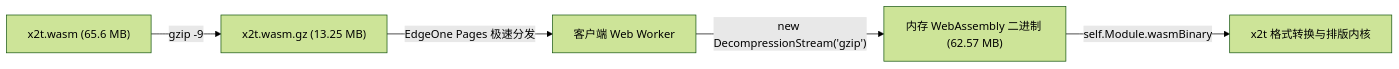
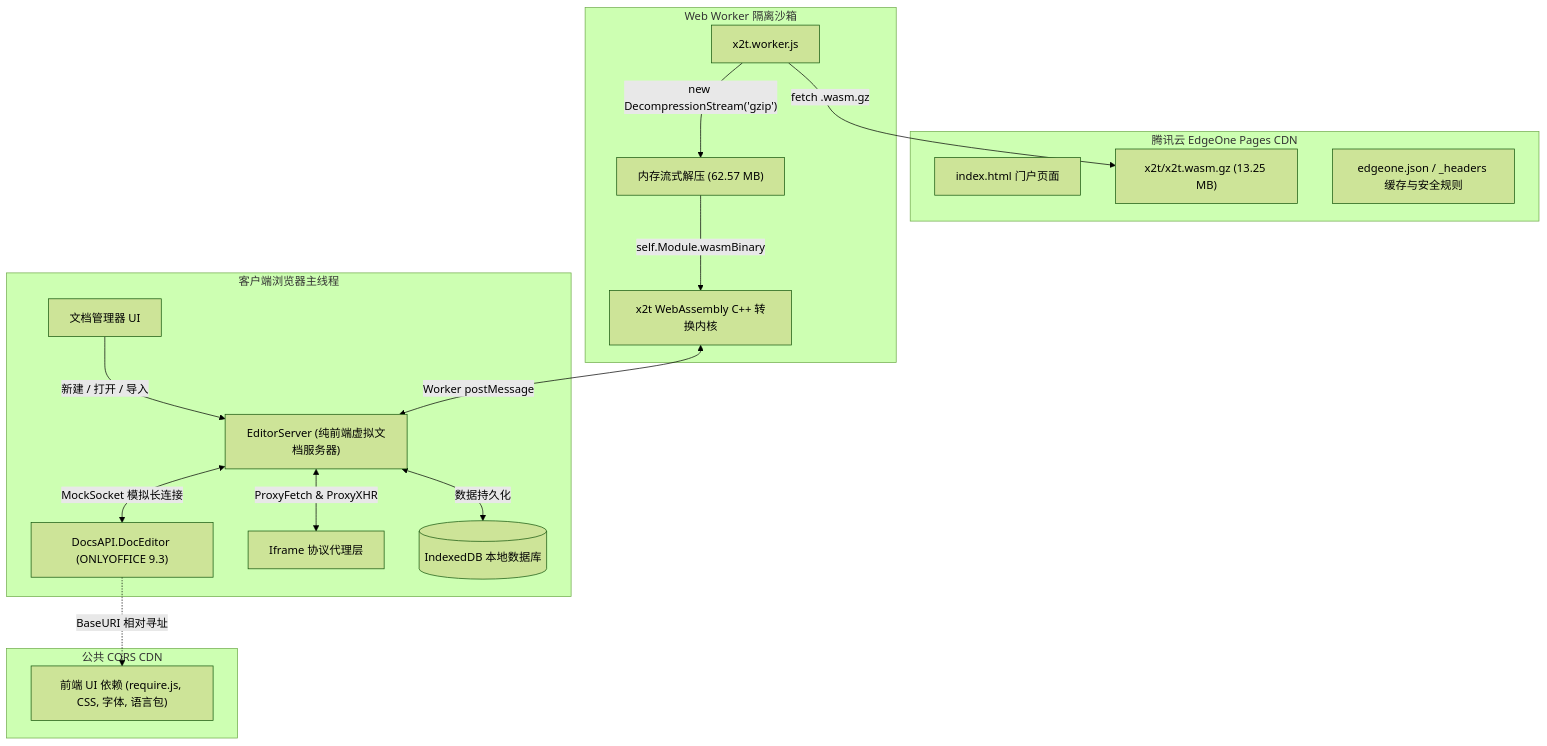
The diagram in README.md (Marukon/OnlyofficeCompressed), drawn with Mermaid (forest theme) before and after one commit. The commit also changed other lines of this file, not shown here.

Commit message:
docs: add detailed architecture principles and strict abuse disclaimer in README

````diff
--- a/README.md
+++ b/README.md
@@ -29,7 +40,27 @@
 ```mermaid
-flowchart LR
-    A["x2t.wasm (65.6 MB)"] -->|"gzip -9"| B["x2t.wasm.gz (13.25 MB)"]
-    B -->|"EdgeOne Pages 极速分发"| C["客户端 Web Worker"]
-    C -->|"new DecompressionStream('gzip')"| D["内存 WebAssembly 二进制 (62.57 MB)"]
-    D -->|"self.Module.wasmBinary"| E["x2t 格式转换与排版内核"]
+flowchart TD
+    subgraph 边缘静态托管 [腾讯云 EdgeOne Pages CDN]
+        A["index.html 门户页面"]
+        B["x2t/x2t.wasm.gz (13.25 MB)"]
+        C["edgeone.json / _headers 缓存与安全规则"]
+    end
+
+    subgraph 浏览器主线程 [客户端浏览器主线程]
+        D["文档管理器 UI"] -->|"新建 / 打开 / 导入"| E["EditorServer (纯前端虚拟文档服务器)"]
+        E <-->|"MockSocket 模拟长连接"| F["DocsAPI.DocEditor (ONLYOFFICE 9.3)"]
+        E <-->|"ProxyFetch & ProxyXHR"| G["Iframe 协议代理层"]
+        E <-->|"数据持久化"| H[("IndexedDB 本地数据库")]
+    end
+
+    subgraph 浏览器工作线程 [Web Worker 隔离沙箱]
+        I["x2t.worker.js"] -->|"fetch .wasm.gz"| B
+        I -->|"new DecompressionStream('gzip')"| J["内存流式解压 (62.57 MB)"]
+        J -->|"self.Module.wasmBinary"| K["x2t WebAssembly C++ 转换内核"]
+        K <-->|"Worker postMessage"| E
+    end
+
+    subgraph 公共加速节点 [公共 CORS CDN]
+        L["前端 UI 依赖 (require.js, CSS, 字体, 语言包)"]
+        F -.->|"BaseURI 相对寻址"| L
+    end
 ```
````
